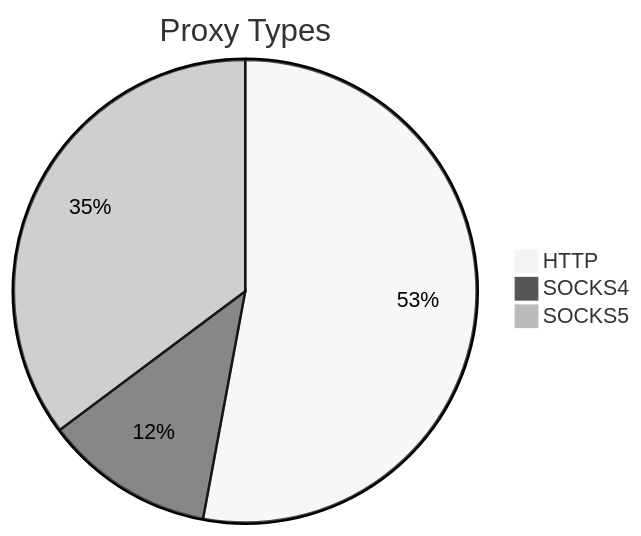
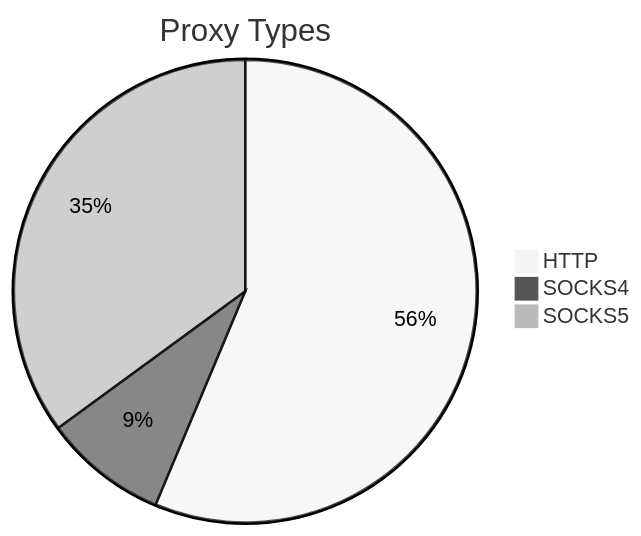
The first of 2 diagrams in README.md (stormsia/proxy-list), drawn with Mermaid (neutral theme) before and after one commit. The commit also changed other lines of this file, not shown here.

````diff
--- a/README.md
+++ b/README.md
@@ -21,6 +21,6 @@
 ```mermaid
 pie title Proxy Types
-    "HTTP" : 308
-    "SOCKS4" : 69
-    "SOCKS5" : 205
+    "HTTP" : 307
+    "SOCKS4" : 47
+    "SOCKS5" : 191
 ```
````
